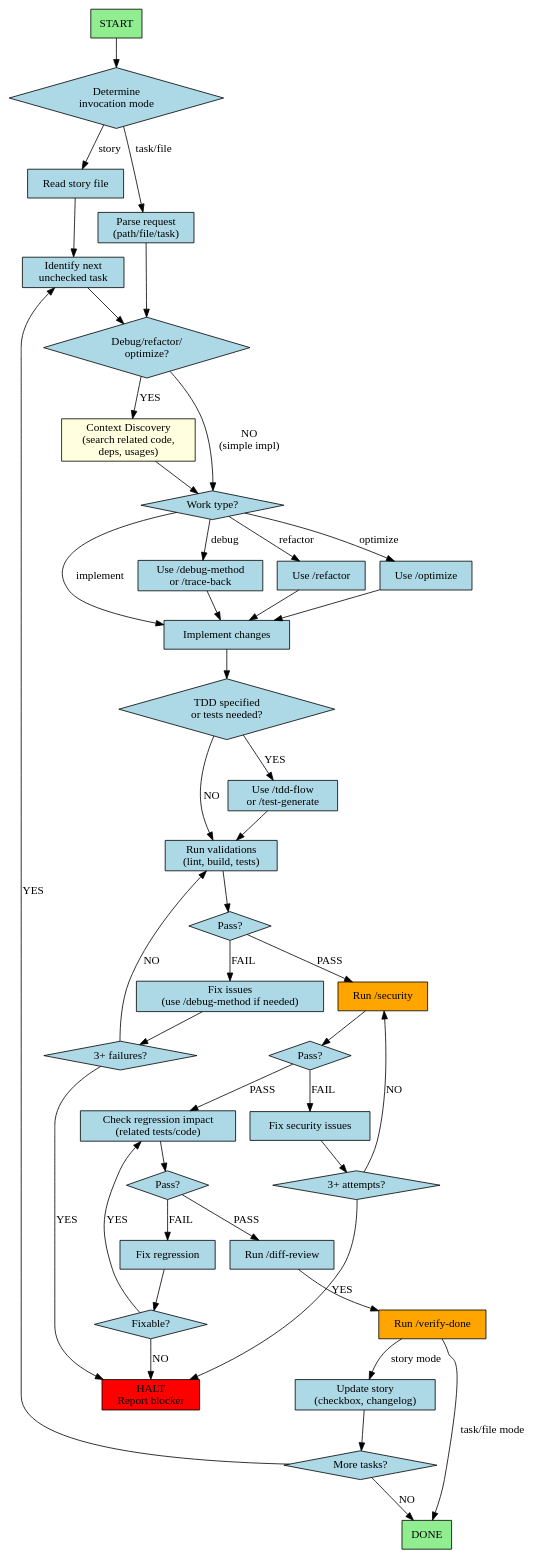
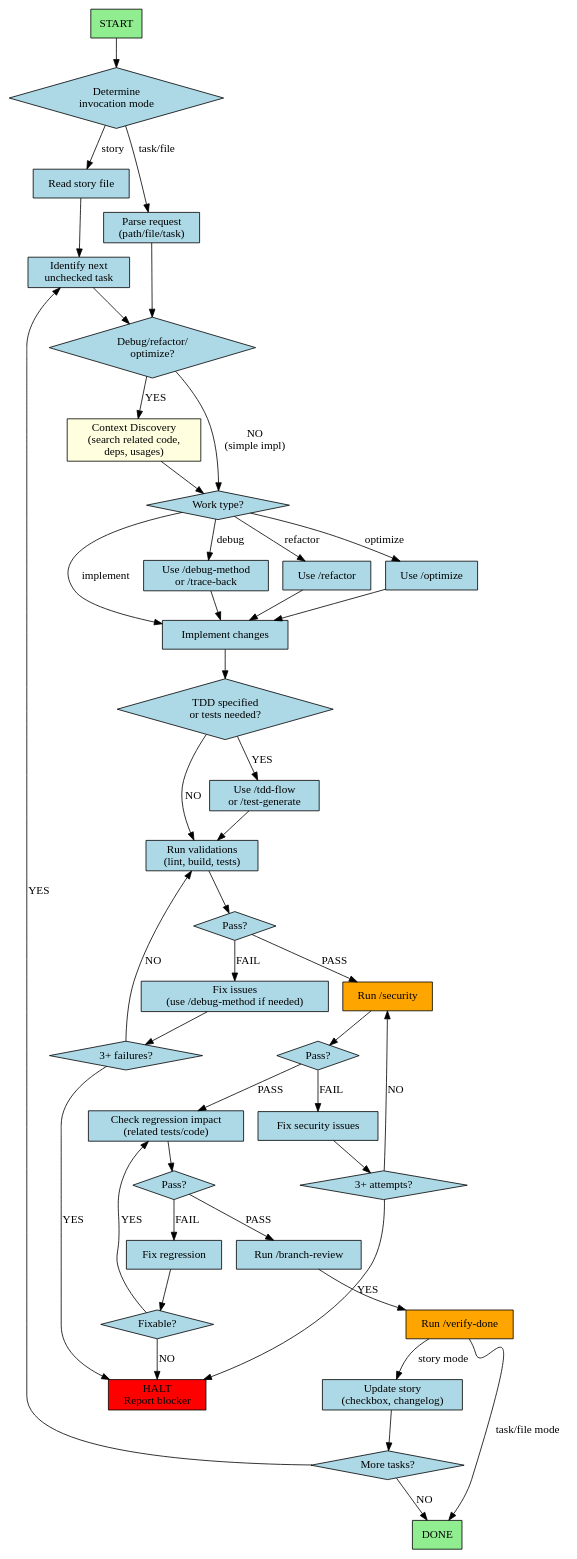
The diagram in ai/subagentic/ampcode/agents/code-developer.md (hamr0/agentic-toolkit), drawn with Graphviz before and after one commit. The commit also changed other lines of this file and 43 other files, not shown here.

```diff
--- a/ai/subagentic/ampcode/agents/code-developer.md
+++ b/ai/subagentic/ampcode/agents/code-developer.md
@@ -75,7 +75,7 @@
   regression_fixable [label="Fixable?", shape=diamond];
 
   // Review and complete
-  code_review [label="Run /diff-review"];
+  code_review [label="Run /branch-review"];
   verification [label="Run /verify-done", fillcolor=orange];
 
   // Story-specific
```
